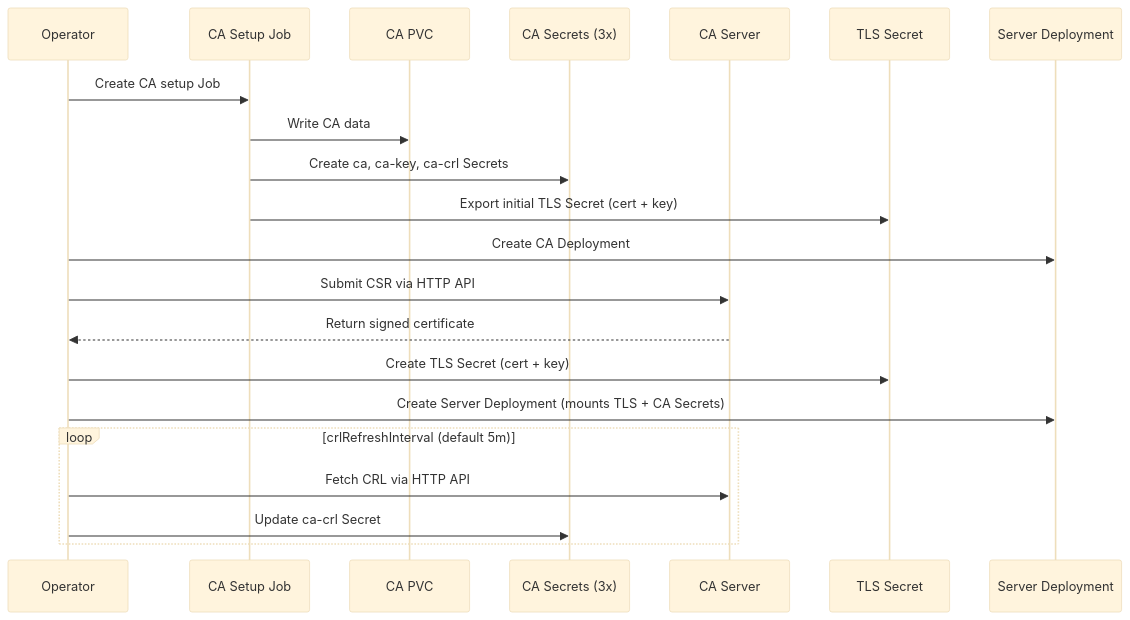
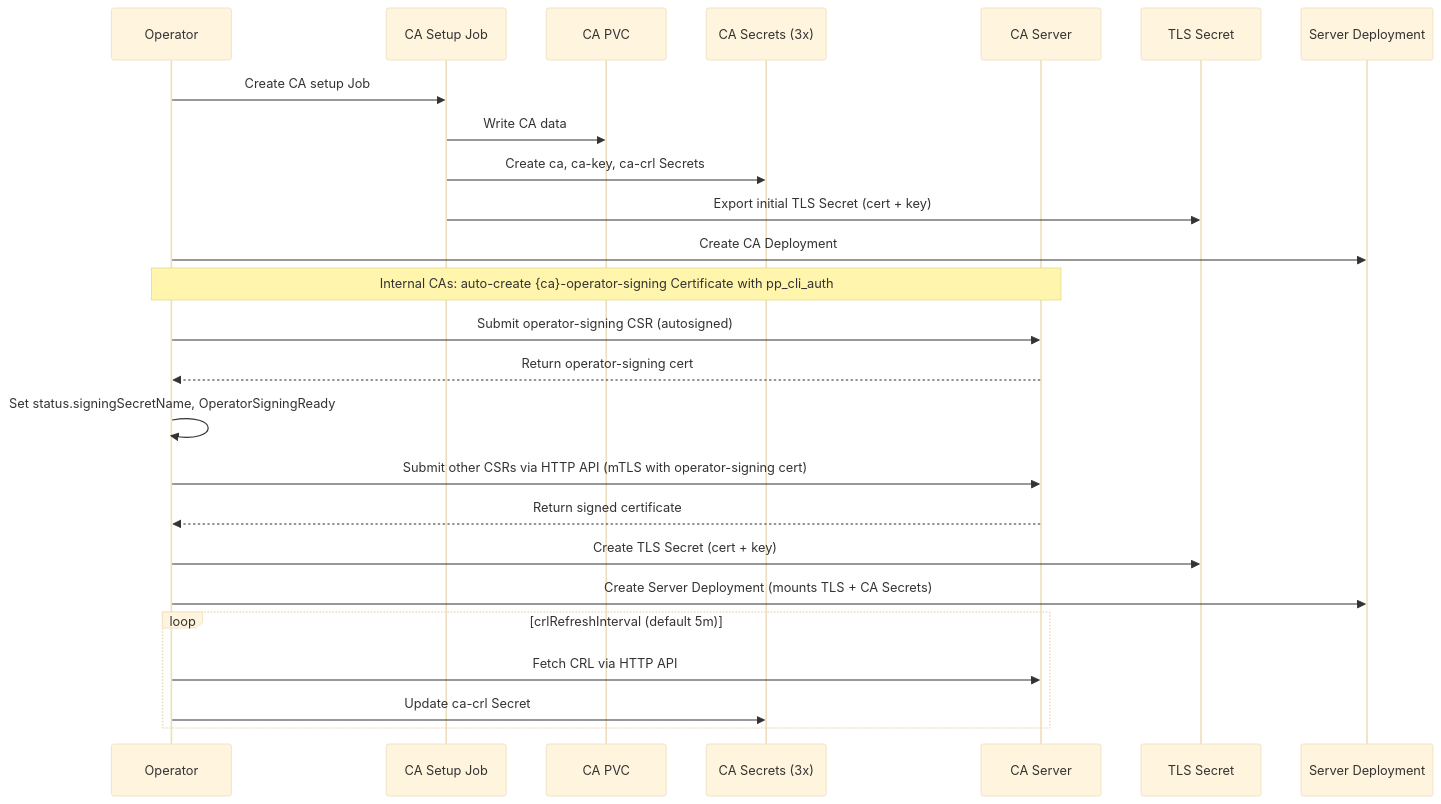
One commit to slauger/openvox-operator changed the second of 2 diagrams in docs/concepts/architecture.md. Above: the diagram before and after it, drawn with Mermaid (base theme). The commit also changed other lines of this file and 5 other files, not shown here.

````diff
--- a/docs/concepts/architecture.md
+++ b/docs/concepts/architecture.md
@@ -75,24 +78,28 @@
 ```mermaid
 sequenceDiagram
     participant Op as Operator
     participant CAJob as CA Setup Job
     participant PVC as CA PVC
     participant CASec as CA Secrets (3x)
     participant CA as CA Server
     participant TLS as TLS Secret
     participant Srv as Server Deployment
 
     Op->>CAJob: Create CA setup Job
     CAJob->>PVC: Write CA data
     CAJob->>CASec: Create ca, ca-key, ca-crl Secrets
     CAJob->>TLS: Export initial TLS Secret (cert + key)
     Op->>Srv: Create CA Deployment
-    Op->>CA: Submit CSR via HTTP API
+    Note over Op,CA: Internal CAs: auto-create {ca}-operator-signing Certificate with pp_cli_auth
+    Op->>CA: Submit operator-signing CSR (autosigned)
+    CA-->>Op: Return operator-signing cert
+    Op->>Op: Set status.signingSecretName, OperatorSigningReady
+    Op->>CA: Submit other CSRs via HTTP API (mTLS with operator-signing cert)
     CA-->>Op: Return signed certificate
     Op->>TLS: Create TLS Secret (cert + key)
     Op->>Srv: Create Server Deployment (mounts TLS + CA Secrets)
     loop crlRefreshInterval (default 5m)
         Op->>CA: Fetch CRL via HTTP API
         Op->>CASec: Update ca-crl Secret
     end
 ```
````
